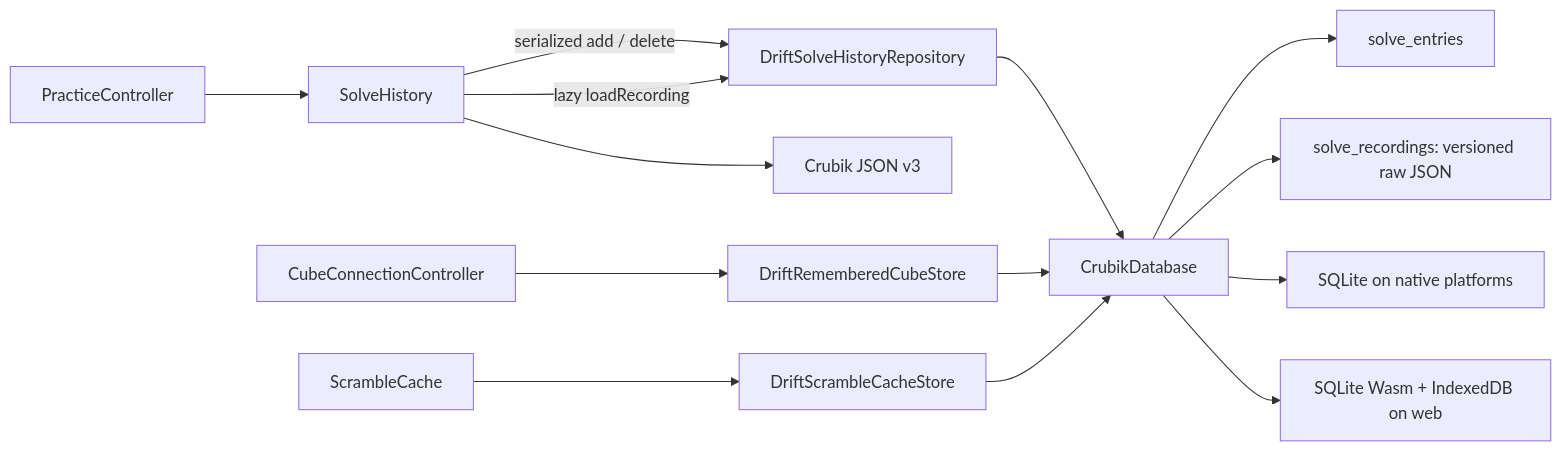
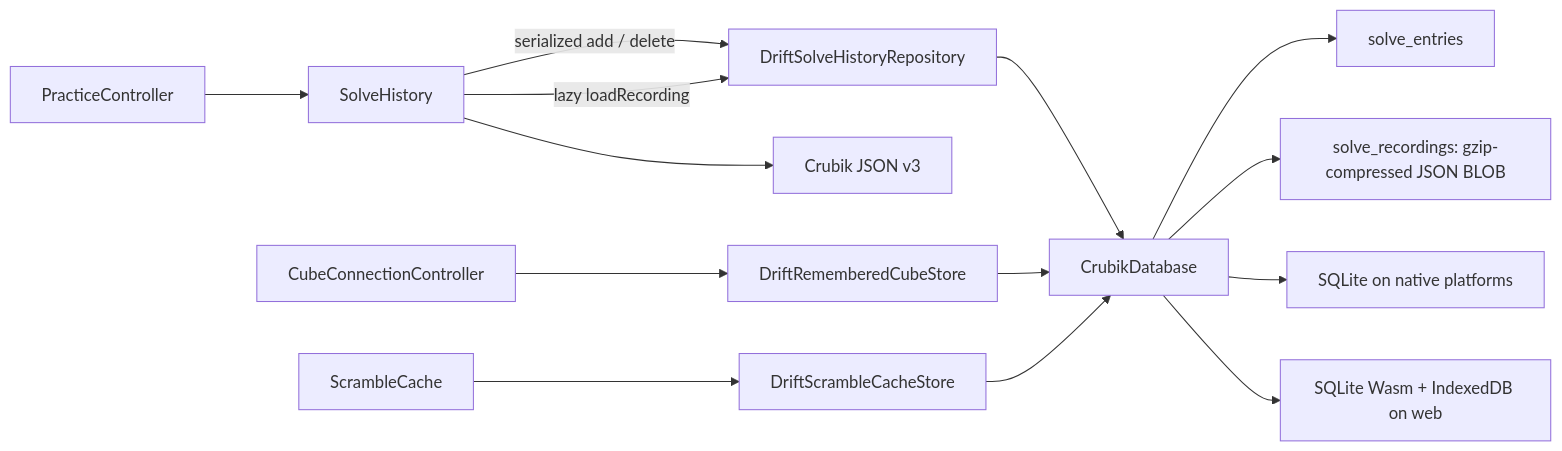
Before and after one commit to Hyponauts/Crubik: the fourth of 4 diagrams in docs/architecture.md, drawn with Mermaid. The commit also changed other lines of this file and 8 other files, not shown here.

Commit message:
Compress stored solve recordings with gzip

````diff
--- a/docs/architecture.md
+++ b/docs/architecture.md
@@ -260,16 +261,16 @@
 ```mermaid
 flowchart LR
     Practice["PracticeController"] --> History["SolveHistory"]
     History -->|serialized add / delete| SolveRepo["DriftSolveHistoryRepository"]
     Connection["CubeConnectionController"] --> Remembered["DriftRememberedCubeStore"]
     Cache["ScrambleCache"] --> ScrambleStore["DriftScrambleCacheStore"]
     SolveRepo --> DB["CrubikDatabase"]
     Remembered --> DB
     DB --> Summaries["solve_entries"]
-    DB --> Recordings["solve_recordings: versioned raw JSON"]
+    DB --> Recordings["solve_recordings: gzip-compressed JSON BLOB"]
     ScrambleStore --> DB
     DB --> Native["SQLite on native platforms"]
     DB --> Web["SQLite Wasm + IndexedDB on web"]
     History -->|lazy loadRecording| SolveRepo
     History --> Export["Crubik JSON v3"]
 ```
````
